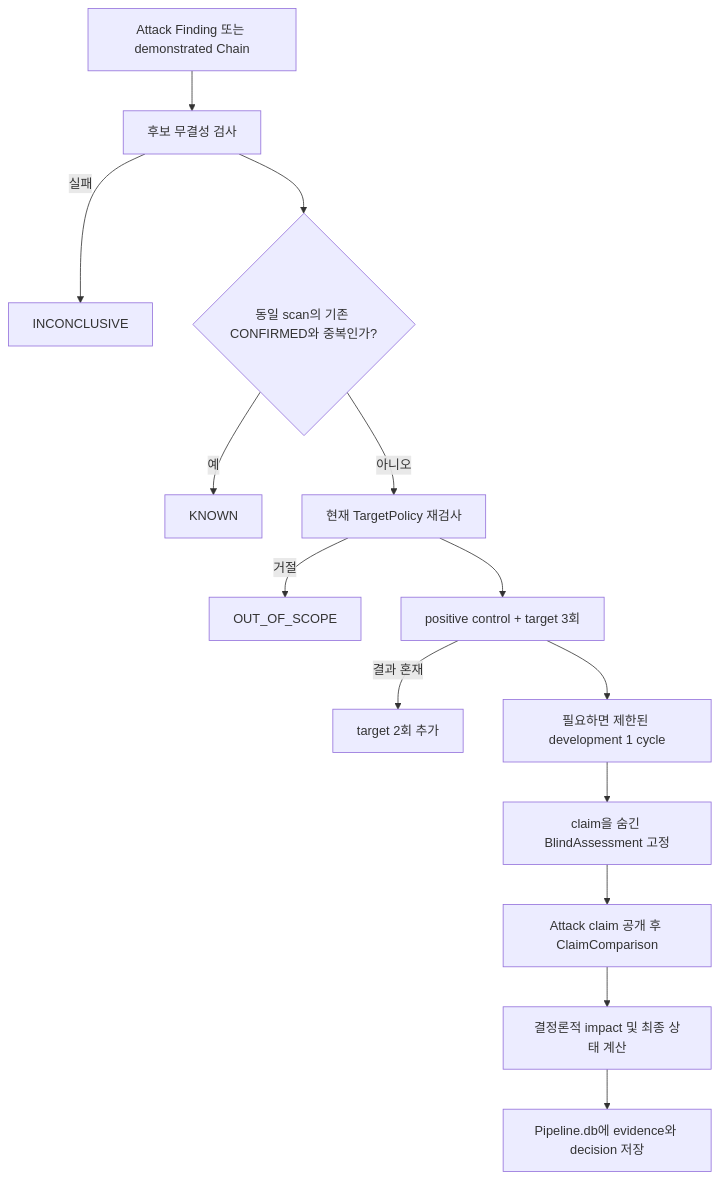
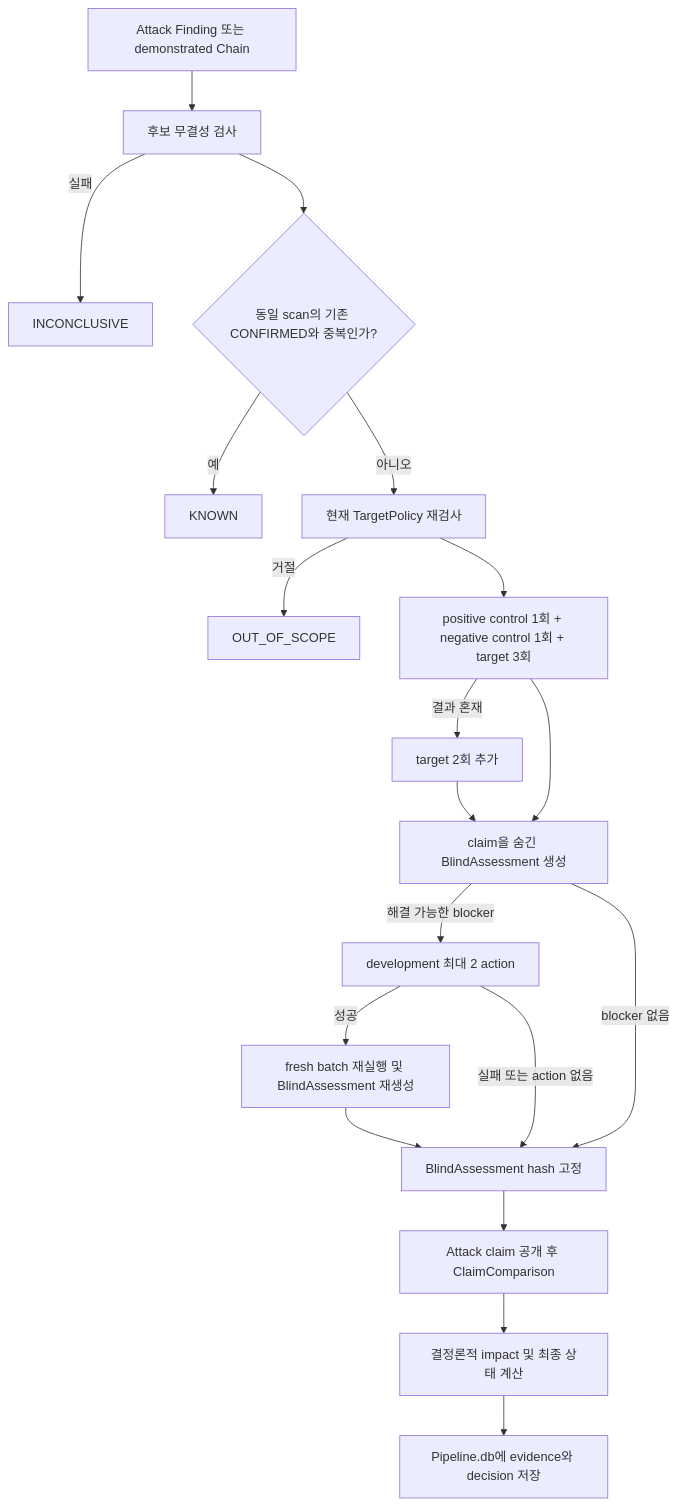
The diagram in recon-attack-pipeline/docs/changes/VALIDATION_IMPLEMENTATION_OVERVIEW.md (Oyeonseok/WHS4_DAST_Project), drawn with Mermaid before and after one commit. The commit also changed other lines of this file, not shown here.

````diff
--- a/recon-attack-pipeline/docs/changes/VALIDATION_IMPLEMENTATION_OVERVIEW.md
+++ b/recon-attack-pipeline/docs/changes/VALIDATION_IMPLEMENTATION_OVERVIEW.md
@@ -23,16 +24,21 @@
 ```mermaid
 flowchart TD
     A[Attack Finding 또는 demonstrated Chain] --> B[후보 무결성 검사]
     B -->|실패| I[INCONCLUSIVE]
     B --> C{동일 scan의 기존 CONFIRMED와 중복인가?}
     C -->|예| K[KNOWN]
     C -->|아니오| P[현재 TargetPolicy 재검사]
     P -->|거절| O[OUT_OF_SCOPE]
-    P --> R[positive control + target 3회]
+    P --> R[positive control 1회 + negative control 1회 + target 3회]
     R -->|결과 혼재| R2[target 2회 추가]
-    R --> D[필요하면 제한된 development 1 cycle]
-    D --> F[claim을 숨긴 BlindAssessment 고정]
-    F --> U[Attack claim 공개 후 ClaimComparison]
+    R --> F[claim을 숨긴 BlindAssessment 생성]
+    R2 --> F
+    F -->|해결 가능한 blocker| D[development 최대 2 action]
+    D -->|성공| R3[fresh batch 재실행 및 BlindAssessment 재생성]
+    D -->|실패 또는 action 없음| G
+    F -->|blocker 없음| G[BlindAssessment hash 고정]
+    R3 --> G
+    G --> U[Attack claim 공개 후 ClaimComparison]
     U --> E[결정론적 impact 및 최종 상태 계산]
     E --> S[Pipeline.db에 evidence와 decision 저장]
 ```
````
